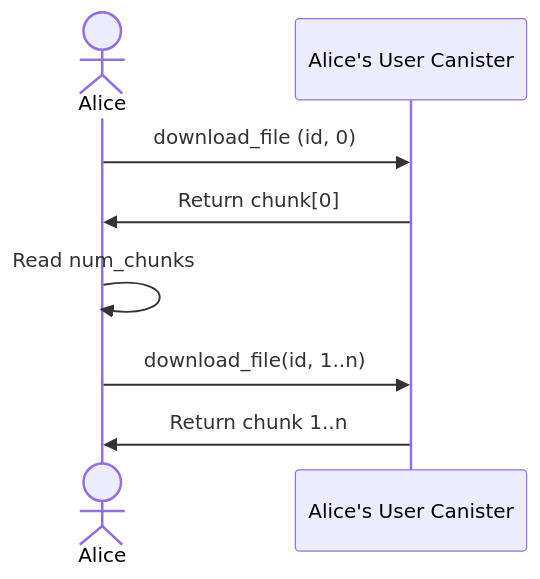
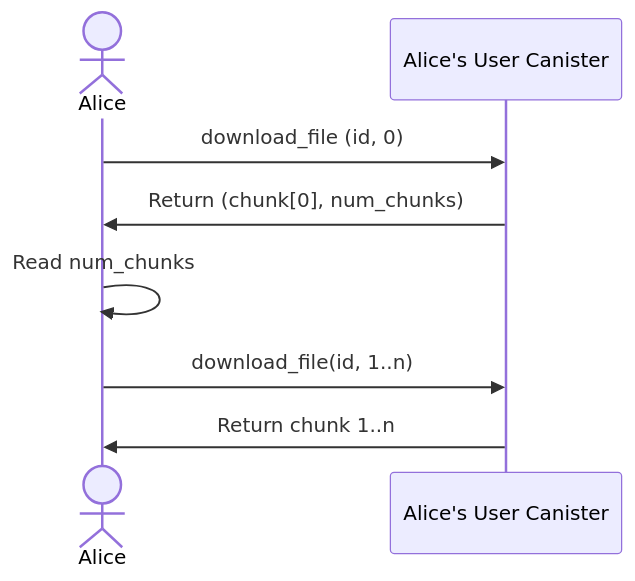
Before and after one commit to icp-hub-it/ic-docutrack: the fourth of 8 diagrams in docs/flows.md, drawn with Mermaid. The commit also changed other lines of this file, not shown here.

````diff
--- a/docs/flows.md
+++ b/docs/flows.md
@@ -57,11 +57,11 @@
 ```mermaid
 sequenceDiagram
     actor A as Alice
     participant UC as Alice's User Canister
     A->>UC: download_file (id, 0)
-    UC->>A: Return chunk[0]
+    UC->>A: Return (chunk[0], num_chunks)
     A->>A: Read num_chunks
     A->>UC: download_file(id, 1..n)
     UC->>A: Return chunk 1..n
 
 ```
````
